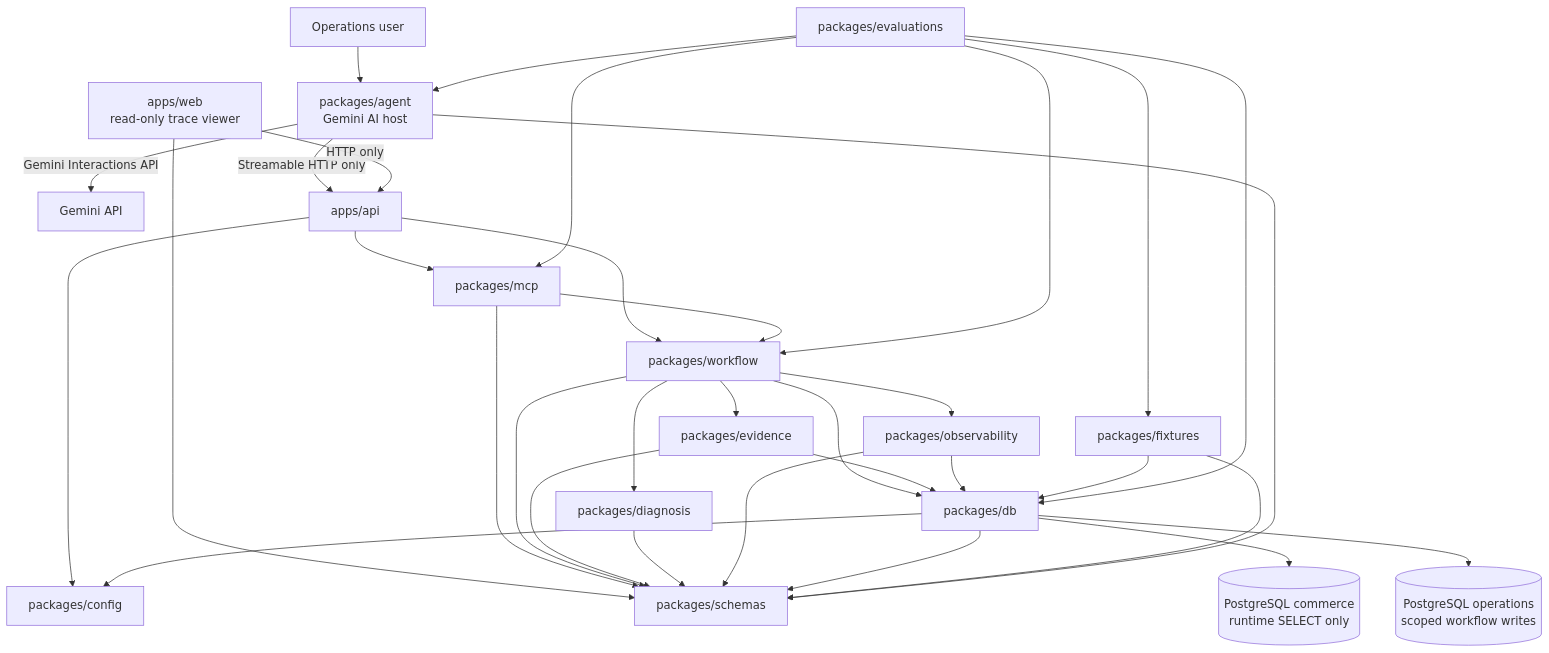
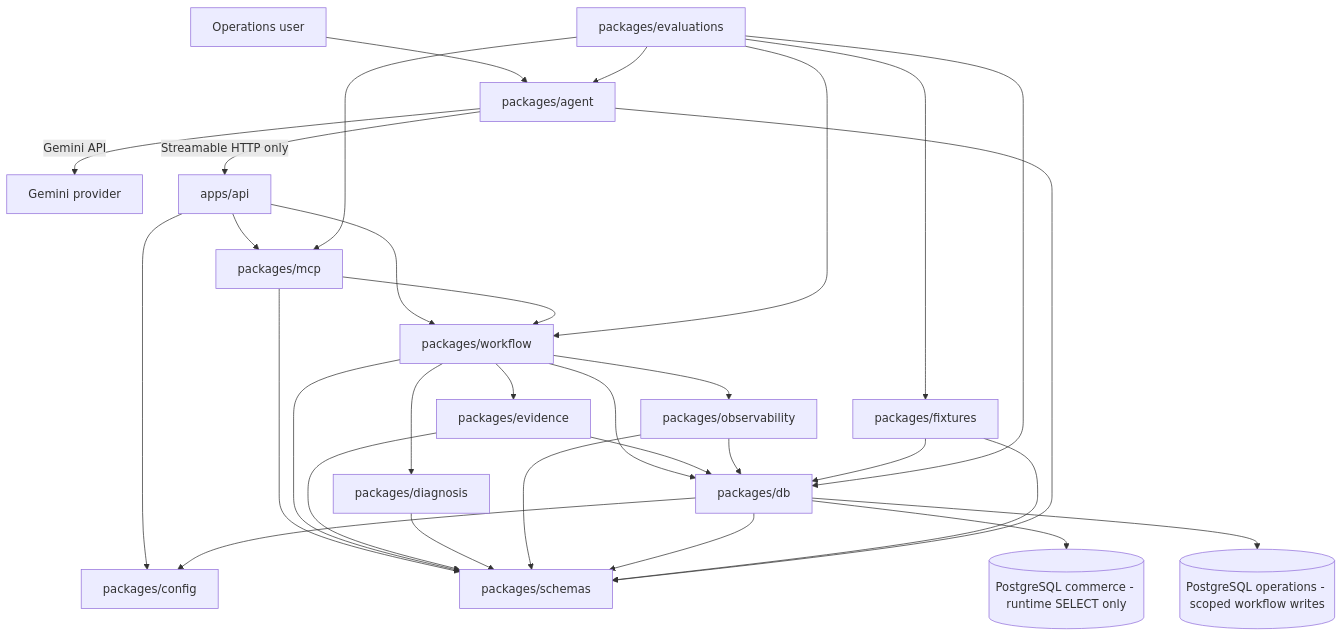
One commit to RitikaxG/commerce-ops-mcp changed the second of 2 diagrams in docs/architecture/package-graph.md. Above: the diagram before and after it, drawn with Mermaid. The commit also changed other lines of this file, not shown here.

Commit message:
docs: update final architecture and hosted boundary

````diff
--- a/docs/architecture/package-graph.md
+++ b/docs/architecture/package-graph.md
@@ -9,43 +31,40 @@
 ```mermaid
 flowchart TD
-  User["Operations user"] --> Agent["packages/agent<br/>Gemini AI host"]
-  Agent -->|Gemini Interactions API| Gemini["Gemini API"]
-  Agent -->|Streamable HTTP only| API["apps/api"]
+  User[Operations user] --> Agent[packages/agent]
+  Agent -->|Gemini API| Gemini[Gemini provider]
+  Agent -->|Streamable HTTP only| API[apps/api]
 
-  Web["apps/web<br/>read-only trace viewer"] -->|HTTP only| API
-  Web --> Schemas
+  API --> Config[packages/config]
+  API --> MCP[packages/mcp]
+  API --> Workflow[packages/workflow]
 
-  API --> Config["packages/config"]
-  API --> MCP["packages/mcp"]
-  API --> Workflow["packages/workflow"]
-
-  MCP --> Schemas["packages/schemas"]
+  MCP --> Schemas[packages/schemas]
   MCP --> Workflow
 
   Workflow --> Schemas
-  Workflow --> DB["packages/db"]
-  Workflow --> Evidence["packages/evidence"]
-  Workflow --> Diagnosis["packages/diagnosis"]
-  Workflow --> Obs["packages/observability"]
+  Workflow --> DB[packages/db]
+  Workflow --> Evidence[packages/evidence]
+  Workflow --> Diagnosis[packages/diagnosis]
+  Workflow --> Obs[packages/observability]
 
   Evidence --> Schemas
   Evidence --> DB
   Diagnosis --> Schemas
   Obs --> Schemas
   Obs --> DB
   DB --> Config
   DB --> Schemas
 
-  Fixtures["packages/fixtures"] --> Schemas
+  Fixtures[packages/fixtures] --> Schemas
   Fixtures --> DB
   Agent --> Schemas
 
-  Evaluations["packages/evaluations"] --> Agent
+  Evaluations[packages/evaluations] --> Agent
   Evaluations --> Fixtures
   Evaluations --> MCP
   Evaluations --> Workflow
   Evaluations --> DB
 
-  DB --> Commerce[("PostgreSQL commerce<br/>runtime SELECT only")]
-  DB --> Operations[("PostgreSQL operations<br/>scoped workflow writes")]
+  DB --> Commerce[(PostgreSQL commerce - runtime SELECT only)]
+  DB --> Operations[(PostgreSQL operations - scoped workflow writes)]
 ```
````
